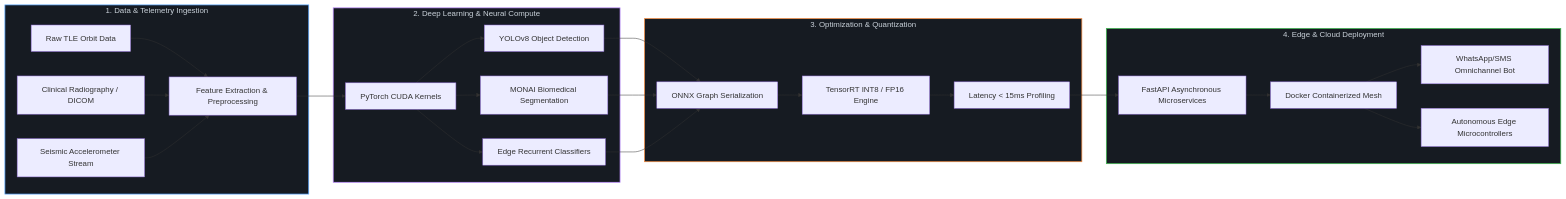
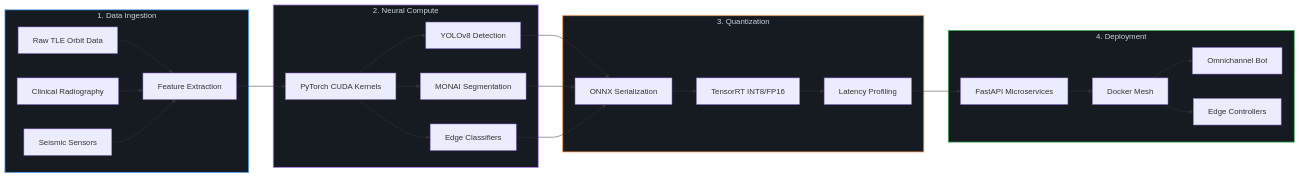
The diagram in README.md (livingmangal/livingmangal), drawn with Mermaid before and after one commit. The commit also changed other lines of this file and 3 other files, not shown here.

````diff
--- a/README.md
+++ b/README.md
@@ -396,33 +419,35 @@
 ```mermaid
 graph LR
-    subgraph Data["1. Data &amp; Telemetry Ingestion"]
-        D1[Raw TLE Orbit Data] --> D2[Feature Extraction &amp; Preprocessing]
-        D3[Clinical Radiography / DICOM] --> D2
-        D4[Seismic Accelerometer Stream] --> D2
+    subgraph Data["1. Data Ingestion"]
+        D1[Raw TLE Orbit Data] --> D2[Feature Extraction]
+        D3[Clinical Radiography] --> D2
+        D4[Seismic Sensors] --> D2
     end
 
-    subgraph Modeling["2. Deep Learning &amp; Neural Compute"]
+    subgraph Modeling["2. Neural Compute"]
         D2 --> M1[PyTorch CUDA Kernels]
-        M1 --> M2[YOLOv8 Object Detection]
-        M1 --> M3[MONAI Biomedical Segmentation]
-        M1 --> M4[Edge Recurrent Classifiers]
+        M1 --> M2[YOLOv8 Detection]
+        M1 --> M3[MONAI Segmentation]
+        M1 --> M4[Edge Classifiers]
     end
 
-    subgraph Optimization["3. Optimization &amp; Quantization"]
-        M2 & M3 & M4 --> O1[ONNX Graph Serialization]
-        O1 --> O2[TensorRT INT8 / FP16 Engine]
-        O2 --> O3[Latency &lt; 15ms Profiling]
+    subgraph Optimization["3. Quantization"]
+        M2 --> O1[ONNX Serialization]
+        M3 --> O1
+        M4 --> O1
+        O1 --> O2[TensorRT INT8/FP16]
+        O2 --> O3[Latency Profiling]
     end
 
-    subgraph Serving["4. Edge &amp; Cloud Deployment"]
-        O3 --> S1[FastAPI Asynchronous Microservices]
-        S1 --> S2[Docker Containerized Mesh]
-        S2 --> S3[WhatsApp/SMS Omnichannel Bot]
-        S2 --> S4[Autonomous Edge Microcontrollers]
+    subgraph Serving["4. Deployment"]
+        O3 --> S1[FastAPI Microservices]
+        S1 --> S2[Docker Mesh]
+        S2 --> S3[Omnichannel Bot]
+        S2 --> S4[Edge Controllers]
     end
 
     style Data fill:#161b22,stroke:#58a6ff,stroke-width:1.5px,color:#c9d1d9
     style Modeling fill:#161b22,stroke:#bc8cff,stroke-width:1.5px,color:#c9d1d9
     style Optimization fill:#161b22,stroke:#f0883e,stroke-width:1.5px,color:#c9d1d9
     style Serving fill:#161b22,stroke:#3fb950,stroke-width:1.5px,color:#c9d1d9
 ```
````
